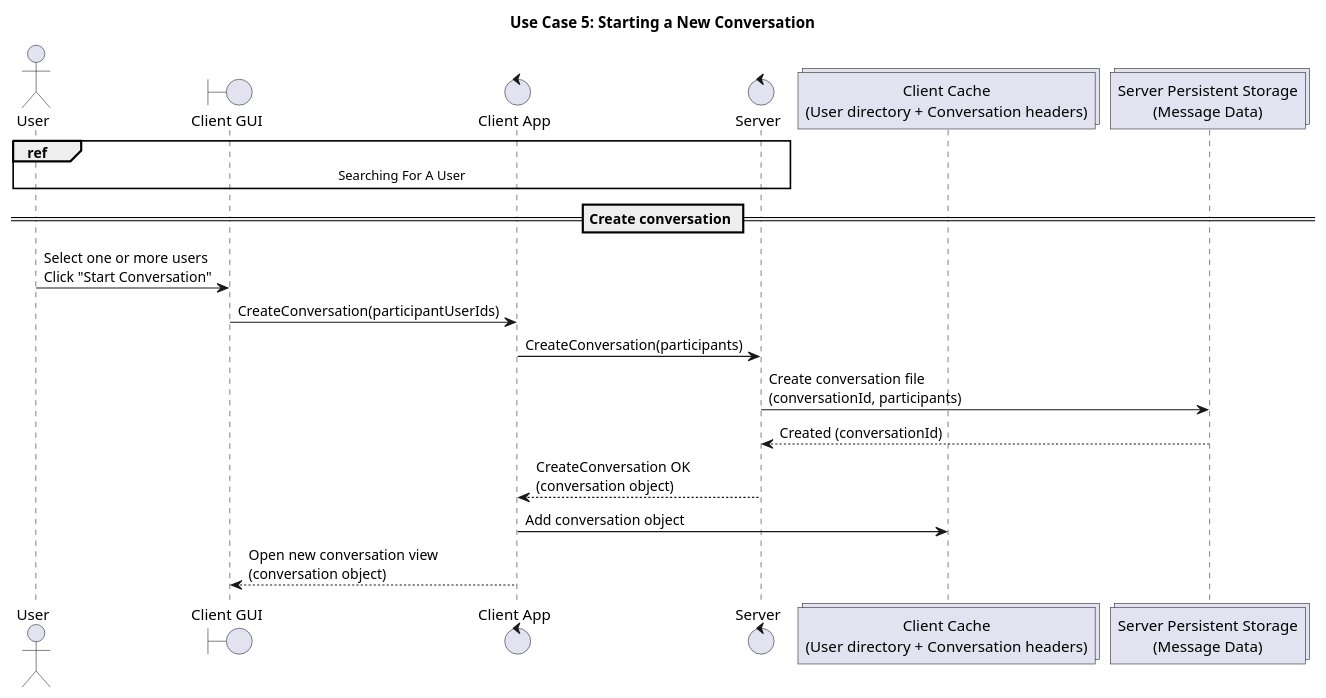
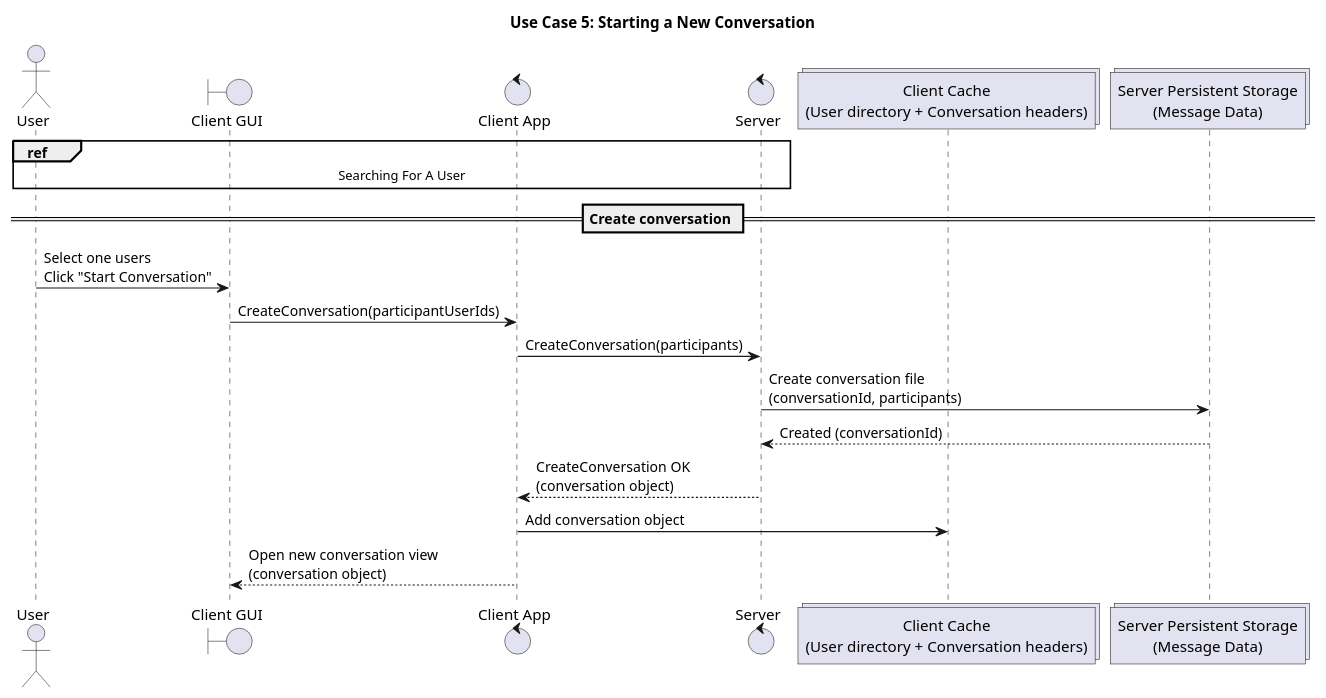
Before and after one commit to NubezVilla/CS_401_Group_1: the diagram in docs/diagrams/SequenceDiagrams/5-StartingANewConversation.puml, drawn with PlantUML.

```diff
--- a/docs/diagrams/SequenceDiagrams/5-StartingANewConversation.puml
+++ b/docs/diagrams/SequenceDiagrams/5-StartingANewConversation.puml
@@ -1,24 +1,24 @@
 @startuml
 title Use Case 5: Starting a New Conversation
 
 actor User
 boundary GUI as "Client GUI"
 control Client as "Client App"
 control Server as "Server"
 collections ClientCache as "Client Cache\n(User directory + Conversation headers)"
 collections Store as "Server Persistent Storage\n(Message Data)"
 
 ref over User, GUI, Client, Server : Searching For A User
 
 == Create conversation ==
-User -> GUI: Select one or more users\nClick "Start Conversation"
+User -> GUI: Select one users\nClick "Start Conversation"
 GUI -> Client: CreateConversation(participantUserIds)
 
 Client -> Server: CreateConversation(participants)
 Server -> Store: Create conversation file\n(conversationId, participants)
 Store --> Server: Created (conversationId)
 Server --> Client: CreateConversation OK\n(conversation object)
 
 Client -> ClientCache: Add conversation object
 Client --> GUI: Open new conversation view\n(conversation object)
 @enduml
```
